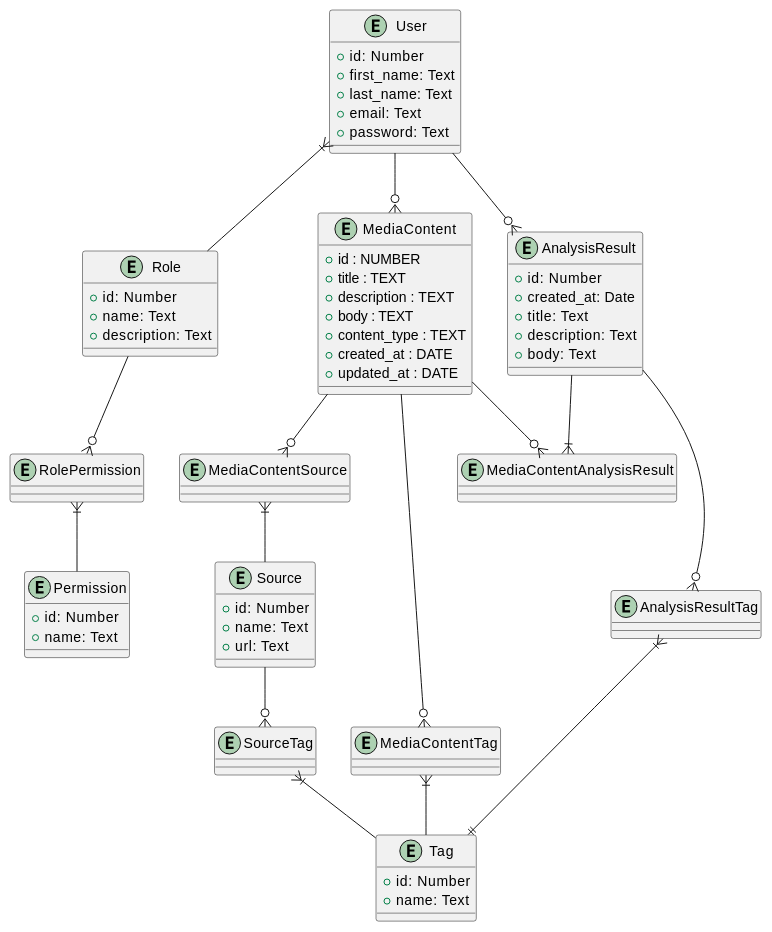
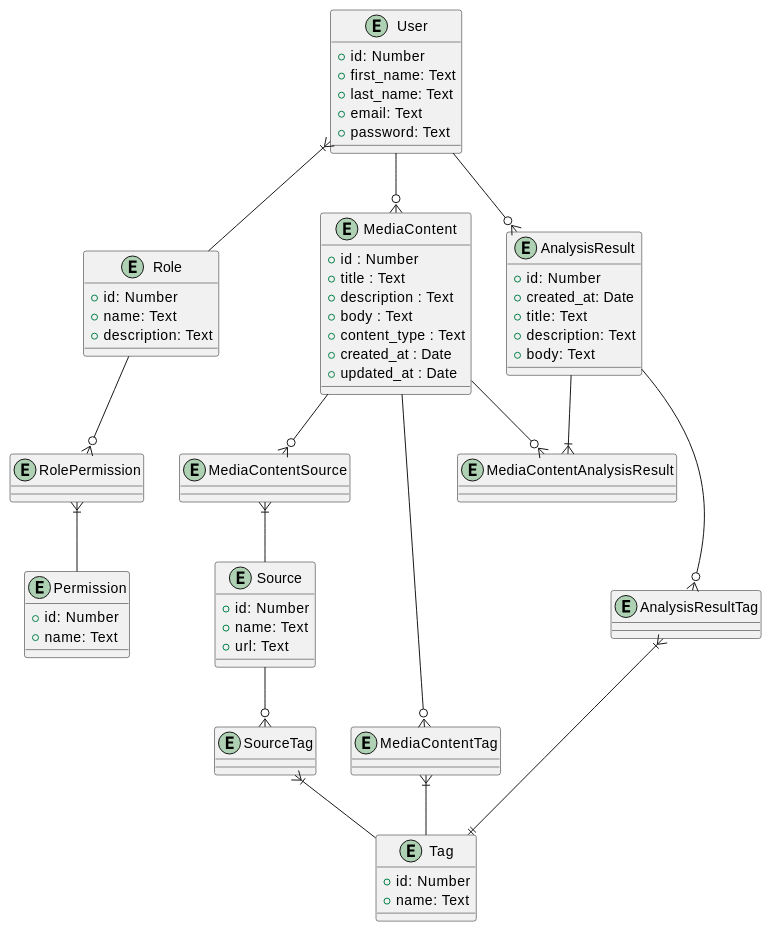
One commit to semenyaka08/media-content-api changed the second of 2 diagrams in docs/design/README.md. Above: the diagram before and after it, drawn with PlantUML.

Commit message:
er model refactored

```diff
--- a/docs/design/README.md
+++ b/docs/design/README.md
@@ -148,13 +148,13 @@
 }
 
 entity MediaContent {
-  +id : NUMBER
-  +title : TEXT
-  +description : TEXT
-  +body : TEXT
-  +content_type : TEXT
-  +created_at : DATE
-  +updated_at : DATE
+  +id : Number
+  +title : Text
+  +description : Text
+  +body : Text
+  +content_type : Text
+  +created_at : Date
+  +updated_at : Date
 }
 
 entity Source {
```
